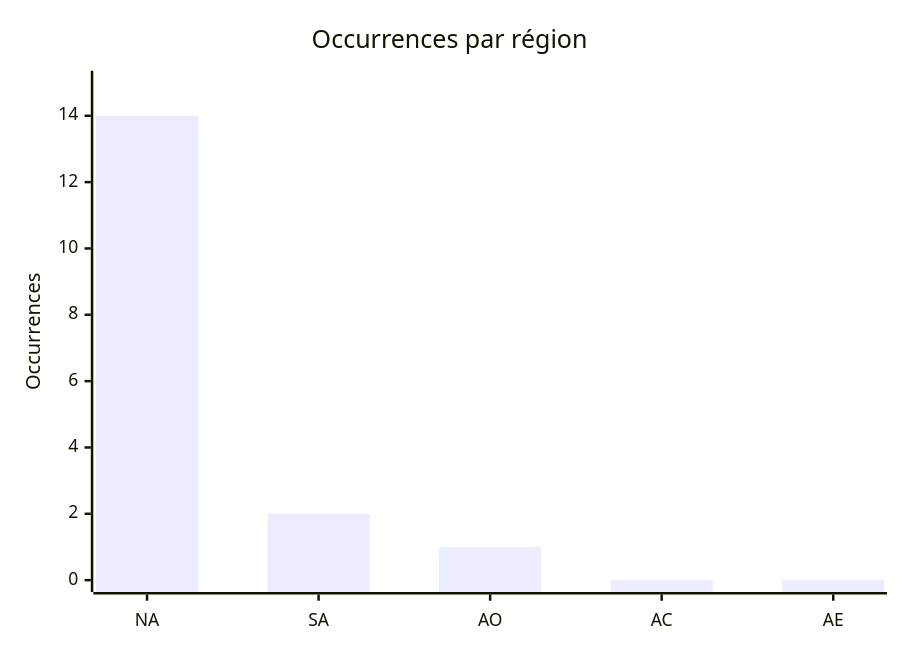
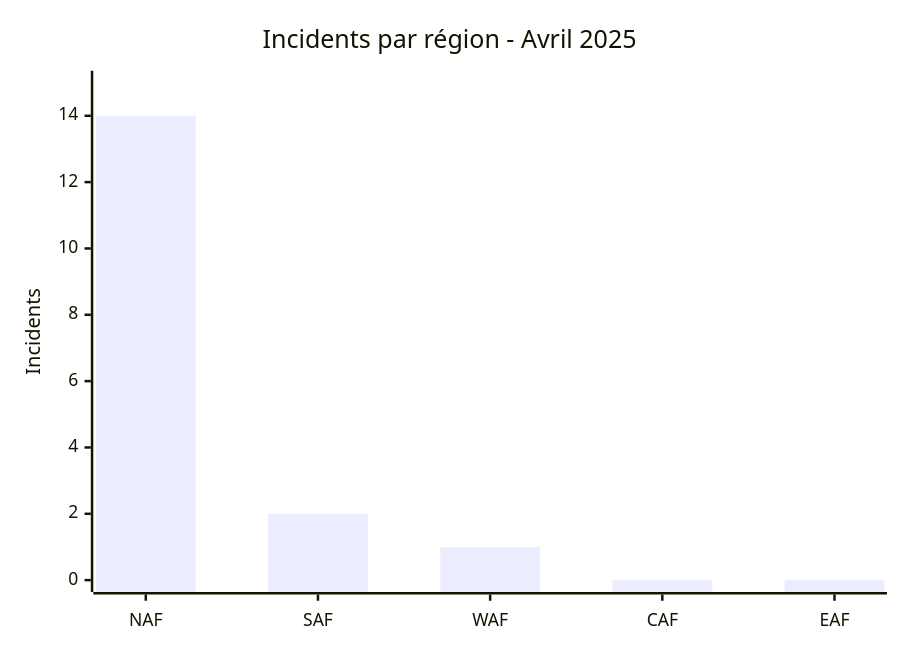
Before and after one commit to Hatchepsoute/AFRINTEL: the fourth of 7 diagrams in CyberAttackAfrica/2025/04-april/README_FR.md, drawn with Mermaid. The commit also changed other lines of this file and 3 other files, not shown here.

````diff
--- a/CyberAttackAfrica/2025/04-april/README_FR.md
+++ b/CyberAttackAfrica/2025/04-april/README_FR.md
@@ -145,7 +123,7 @@
 ```mermaid
-xychart
-    title "Occurrences par région"
-    x-axis ["NA","SA","AO","AC","AE"]
-    y-axis "Occurrences" 0 --> 15
-    bar [14,2,1,0,0]
+xychart-beta
+    title "Incidents par région - Avril 2025"
+    x-axis ["NAF", "SAF", "WAF", "CAF", "EAF"]
+    y-axis "Incidents" 0 --> 15
+    bar [14, 2, 1, 0, 0]
 ```
````
